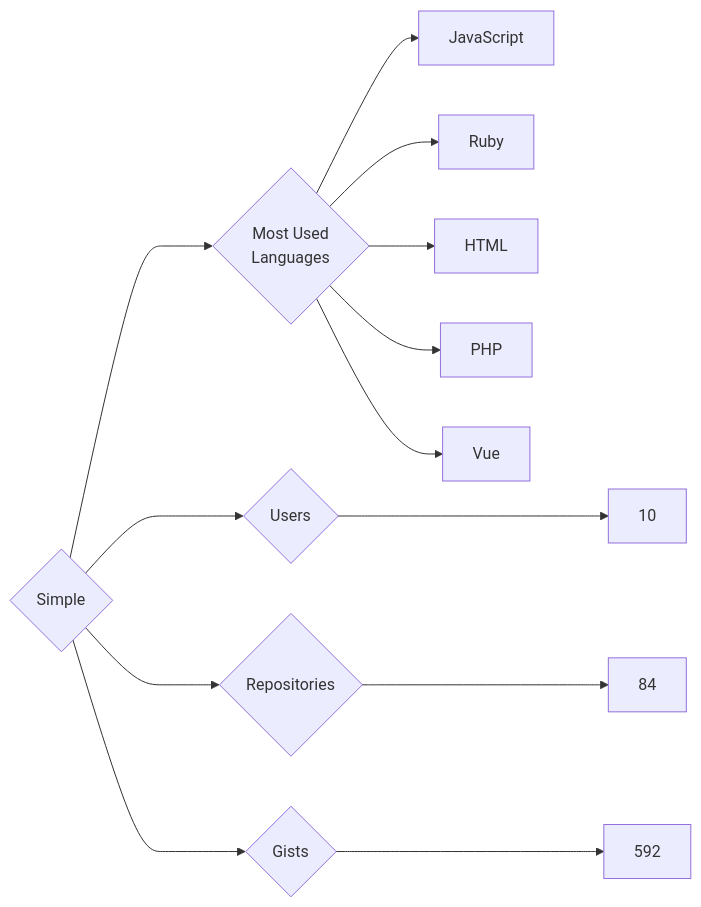
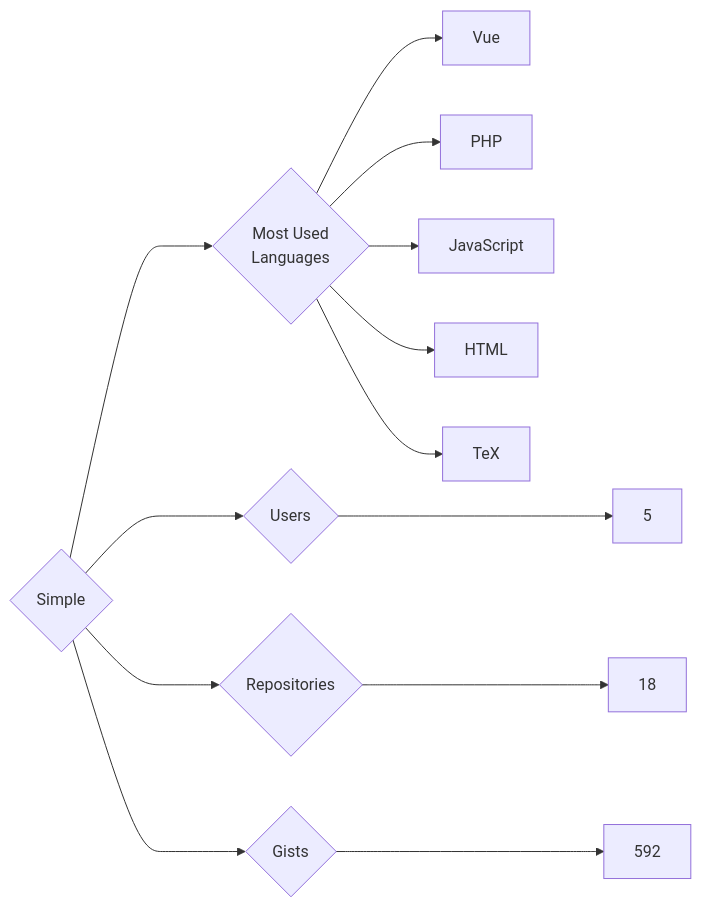
One commit to trickest/insiders changed the diagram in targets/Simple/README.md. Above: the diagram before and after it, drawn with Mermaid. The commit also changed 1248 other files, not shown here.

````diff
--- a/targets/Simple/README.md
+++ b/targets/Simple/README.md
@@ -3,13 +3,13 @@
 ```mermaid
 graph LR
 COMPANY_NAME{Simple}
-COMPANY_NAME ---> U{Users} ---> UN[10]
-COMPANY_NAME ---> R{Repositories} ---> RN[84]
+COMPANY_NAME ---> U{Users} ---> UN[5]
+COMPANY_NAME ---> R{Repositories} ---> RN[18]
 COMPANY_NAME ---> G{Gists} ---> GN[592]
 COMPANY_NAME ---> ML{Most Used<br>Languages}
+ML --> Vue[Vue]
+ML --> PHP[PHP]
 ML --> JavaScript[JavaScript]
-ML --> Ruby[Ruby]
 ML --> HTML[HTML]
-ML --> PHP[PHP]
-ML --> Vue[Vue]
+ML --> TeX[TeX]
 ```
````
